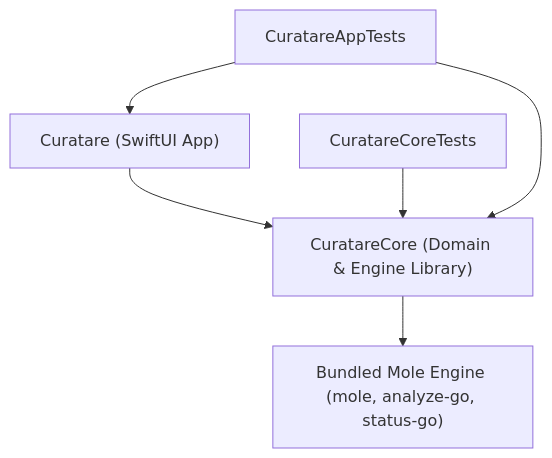
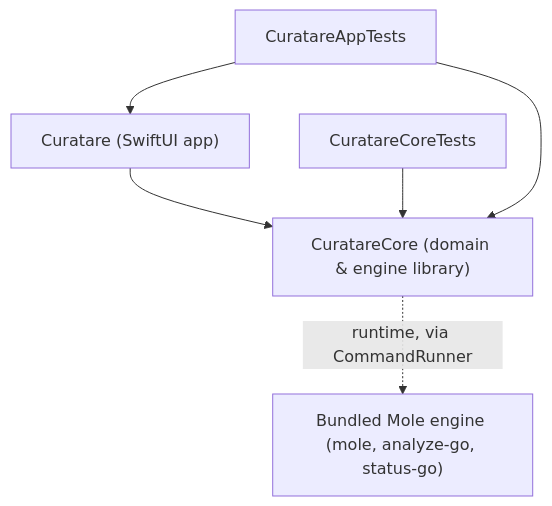
Before and after one commit to berkbb/curatare-mac-universal: the diagram in .agents/context/code_graph_wiki.md, drawn with Mermaid. The commit also changed other lines of this file, not shown here.

Commit message:
docs @ agents: 'code_graph_wiki is regenerated from the offline Graphify build of 2432dae' - [code_graph_wiki.md]

````diff
--- a/.agents/context/code_graph_wiki.md
+++ b/.agents/context/code_graph_wiki.md
@@ -13,8 +21,8 @@
 ```mermaid
 flowchart TD
-    Curatare["Curatare (SwiftUI App)"] --> CuratareCore["CuratareCore (Domain & Engine Library)"]
-    CuratareCore --> Mole["Bundled Mole Engine (mole, analyze-go, status-go)"]
+    Curatare["Curatare (SwiftUI app)"] --> CuratareCore["CuratareCore (domain & engine library)"]
+    CuratareCore -. "runtime, via CommandRunner" .-> Mole["Bundled Mole engine (mole, analyze-go, status-go)"]
     CuratareCoreTests["CuratareCoreTests"] --> CuratareCore
     CuratareAppTests["CuratareAppTests"] --> Curatare
     CuratareAppTests --> CuratareCore
 ```
````
